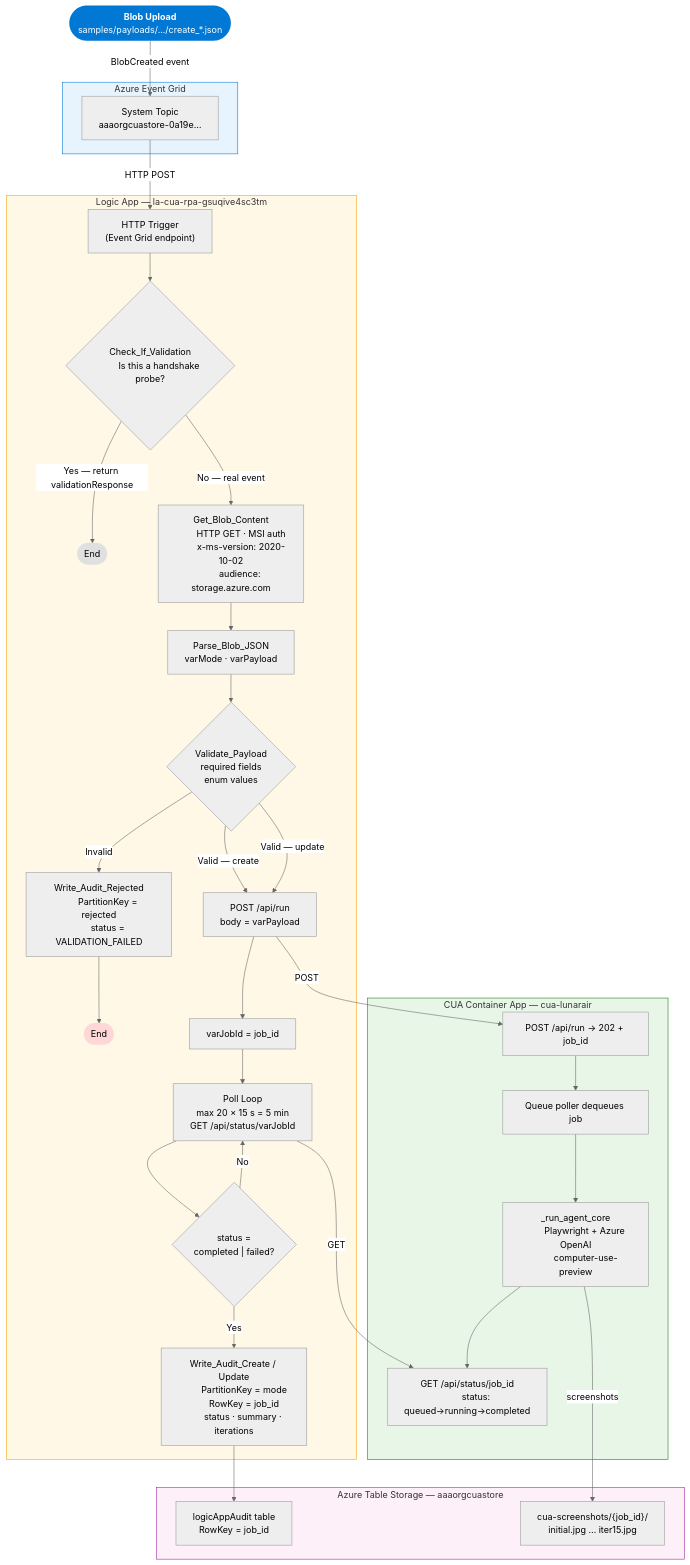
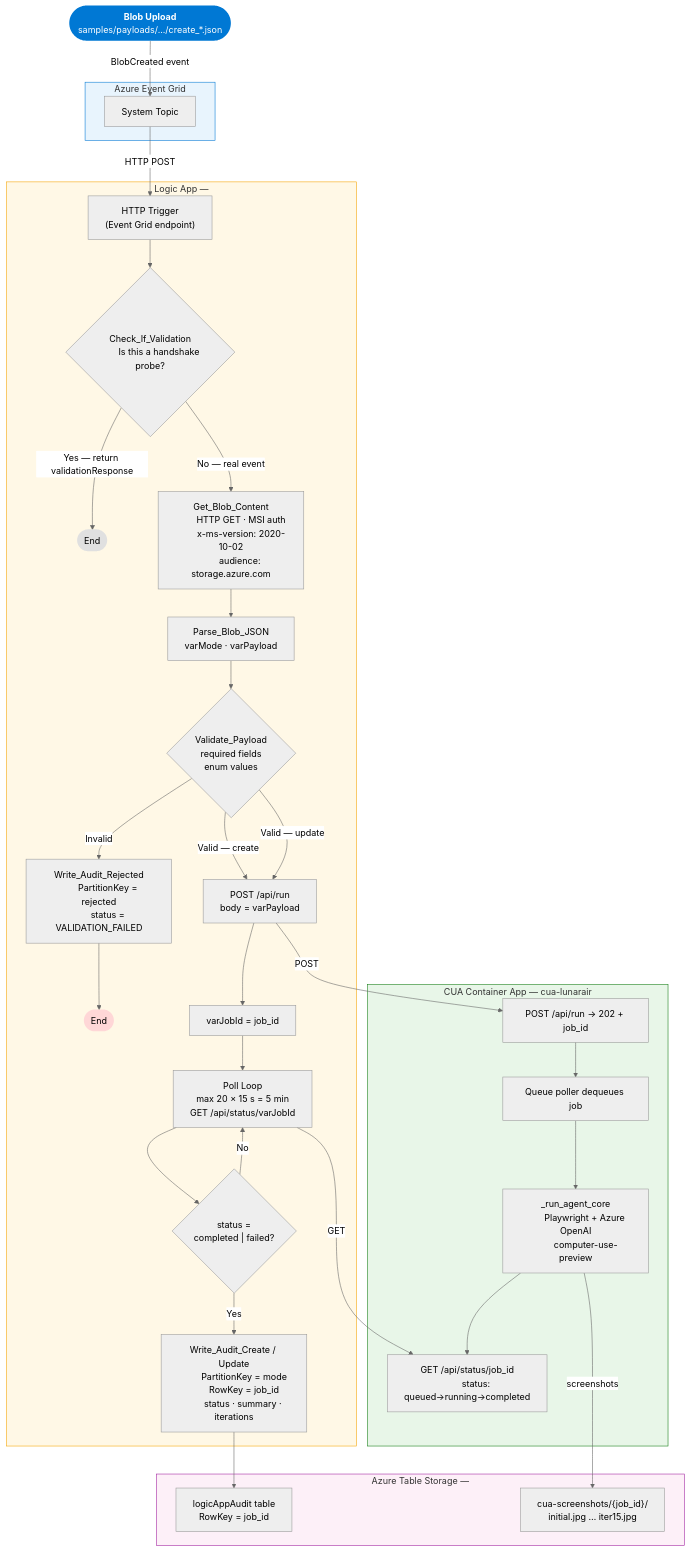
Before and after one commit to sramayanam/zavaaircua: the diagram in cua/flowchart TD.mmd, drawn with Mermaid (neutral theme). The commit also changed 14 other files, not shown here.

```diff
--- a/cua/flowchart TD.mmd
+++ b/cua/flowchart TD.mmd
@@ -1,87 +1,87 @@
 flowchart TD
     A(["`**Blob Upload**
     samples/payloads/.../create_*.json`"]) -->|BlobCreated event| B
 
     subgraph EG["Azure Event Grid"]
         B["System Topic
-        aaaorgcuastore-0a19e…"]
+        <your-system-topic-name>"]
     end
 
     B -->|HTTP POST| C
 
-    subgraph LA["Logic App — la-cua-rpa-gsuqive4sc3tm"]
+    subgraph LA["Logic App — <your-logic-app>"]
         C["HTTP Trigger
         (Event Grid endpoint)"]
         C --> D{"Check_If_Validation
         Is this a handshake probe?"}
         D -->|Yes — return validationResponse| Z1([End])
         D -->|No — real event| E
 
         E["Get_Blob_Content
         HTTP GET · MSI auth
         x-ms-version: 2020-10-02
         audience: storage.azure.com"]
 
         E --> F["Parse_Blob_JSON
         varMode · varPayload"]
 
         F --> G{"Validate_Payload
         required fields
         enum values"}
 
         G -->|Invalid| H["Write_Audit_Rejected
         PartitionKey = rejected
         status = VALIDATION_FAILED"]
         H --> Z2([End])
 
         G -->|Valid — create| I["POST /api/run
         body = varPayload"]
         G -->|Valid — update| I
 
         I --> J["varJobId = job_id"]
 
         J --> K["Poll Loop
         max 20 × 15 s = 5 min
         GET /api/status/varJobId"]
 
         K --> L{"status =
         completed | failed?"}
         L -->|No| K
         L -->|Yes| M
 
         M["Write_Audit_Create / Update
         PartitionKey = mode
         RowKey = job_id
         status · summary · iterations"]
     end
 
     subgraph CUA["CUA Container App — cua-lunarair"]
         N["POST /api/run → 202 + job_id"]
         O["Queue poller dequeues job"]
         P["_run_agent_core
         Playwright + Azure OpenAI
         computer-use-preview"]
         Q["GET /api/status/job_id
         status: queued→running→completed"]
         N --> O --> P --> Q
     end
 
-    subgraph ST["Azure Table Storage — aaaorgcuastore"]
+    subgraph ST["Azure Table Storage — <your-storage-account>"]
         R["logicAppAudit table
         RowKey = job_id"]
         S["cua-screenshots/{job_id}/
         initial.jpg … iter15.jpg"]
     end
 
     I -->|POST| N
     K -->|GET| Q
     M --> R
     P -->|screenshots| S
 
     style A fill:#0078d4,color:#fff,stroke:none
     style EG fill:#e8f4fd,stroke:#0078d4
     style LA fill:#fff8e6,stroke:#f4a400
     style CUA fill:#e8f6e8,stroke:#107c10
     style ST fill:#fdf0f8,stroke:#a020a0
     style Z1 fill:#e0e0e0,stroke:none
     style Z2 fill:#ffd7d7,stroke:none
```
